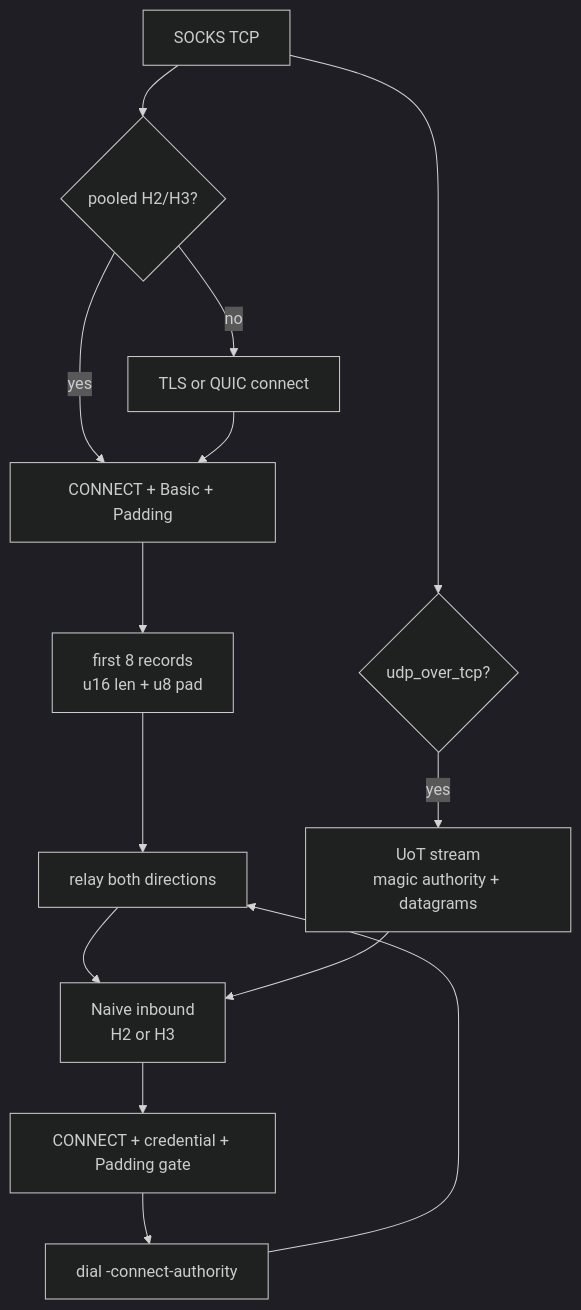
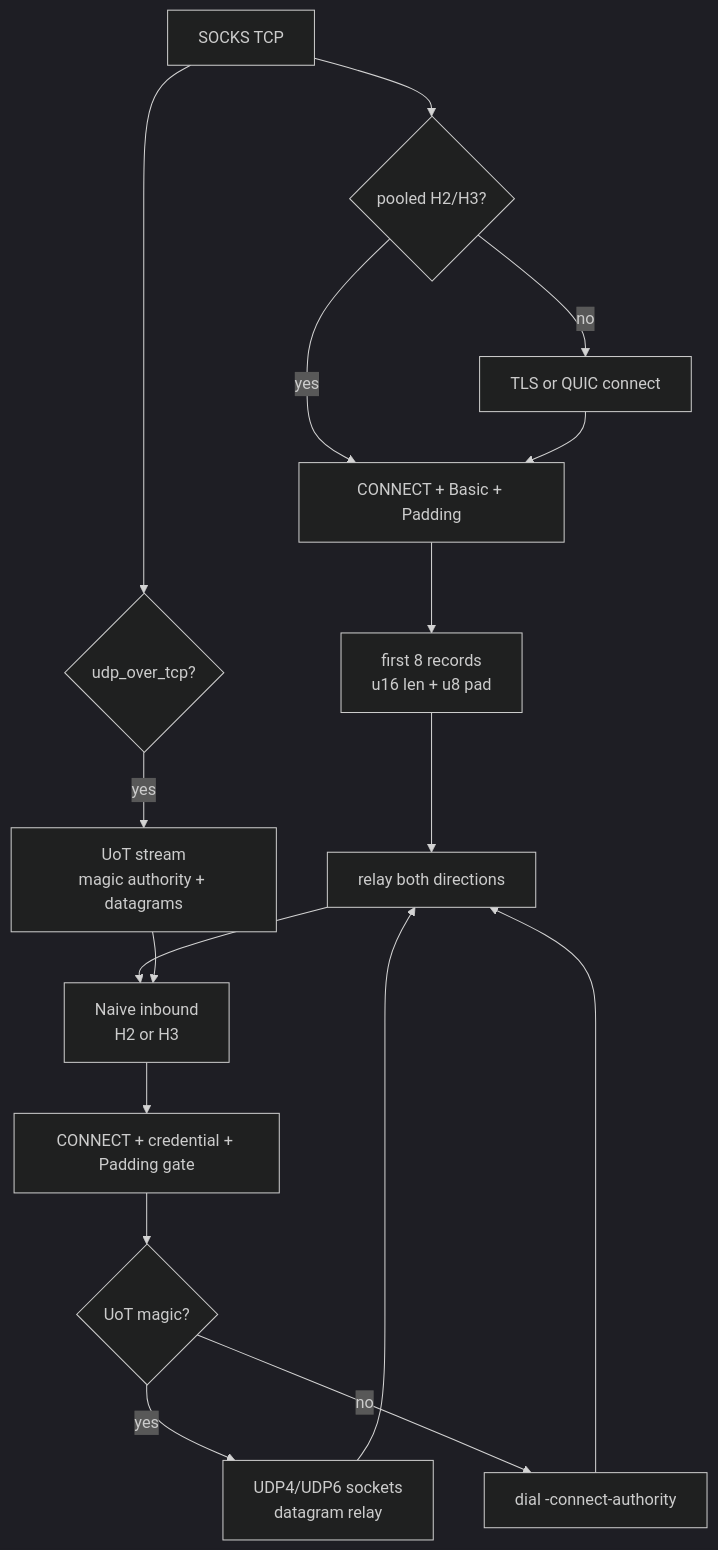
The diagram in docs/function/naive.md (ferroxdev/ferrox-2), drawn with Mermaid (dark theme) before and after one commit. The commit also changed 3 other files, not shown here.

````diff
--- a/docs/function/naive.md
+++ b/docs/function/naive.md
@@ -13,16 +13,19 @@
 ```mermaid
 graph TD
     S["SOCKS TCP"] --> P{"pooled H2/H3?"}
     P -- yes --> O["CONNECT + Basic + Padding"]
     P -- no --> T["TLS or QUIC connect"]
     T --> O
     O --> F["first 8 records<br/>u16 len + u8 pad"]
     F --> R["relay both directions"]
     R --> A["Naive inbound<br/>H2 or H3"]
     A --> C["CONNECT + credential + Padding gate"]
-    C --> D["dial -connect-authority"]
+    C --> M{"UoT magic?"}
+    M -- yes --> V["UDP4/UDP6 sockets<br/>datagram relay"]
+    M -- no --> D["dial -connect-authority"]
+    V --> R
     D --> R
     S --> U{"udp_over_tcp?"}
     U -- yes --> Q["UoT stream<br/>magic authority + datagrams"]
     Q --> A
 ```
````
